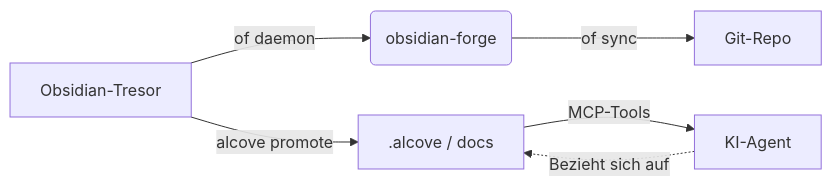
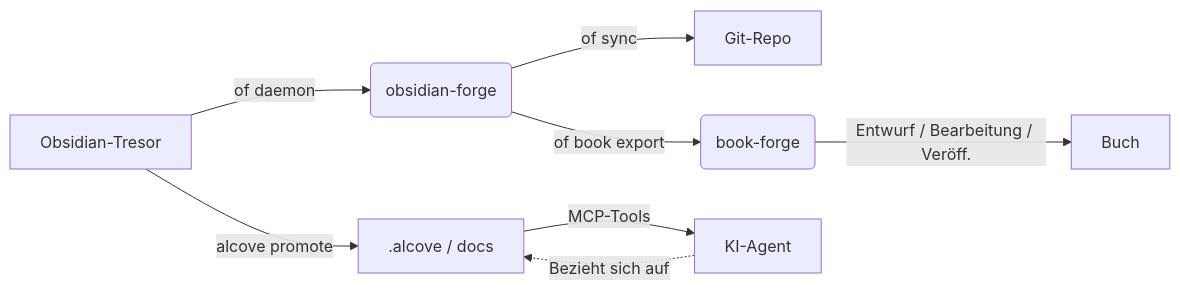
Before and after one commit to epicsagas/obsidian-forge: the diagram in docs/README_de.md, drawn with Mermaid. The commit also changed other lines of this file and 9 other files, not shown here.

Commit message:
docs(ecosystem): add book-forge integration guide across all languages

````diff
--- a/docs/README_de.md
+++ b/docs/README_de.md
@@ -340,8 +341,10 @@
 ```mermaid
 graph LR
     A[Obsidian-Tresor] -->|of daemon| B(obsidian-forge)
     B -->|of sync| C[Git-Repo]
     A -->|alcove promote| D[.alcove / docs]
     D -->|MCP-Tools| E[KI-Agent]
     E -.->|Bezieht sich auf| D
+    B -->|of book export| F(book-forge)
+    F -->|Entwurf / Bearbeitung / Veröff.| G[Buch]
 ```
````
